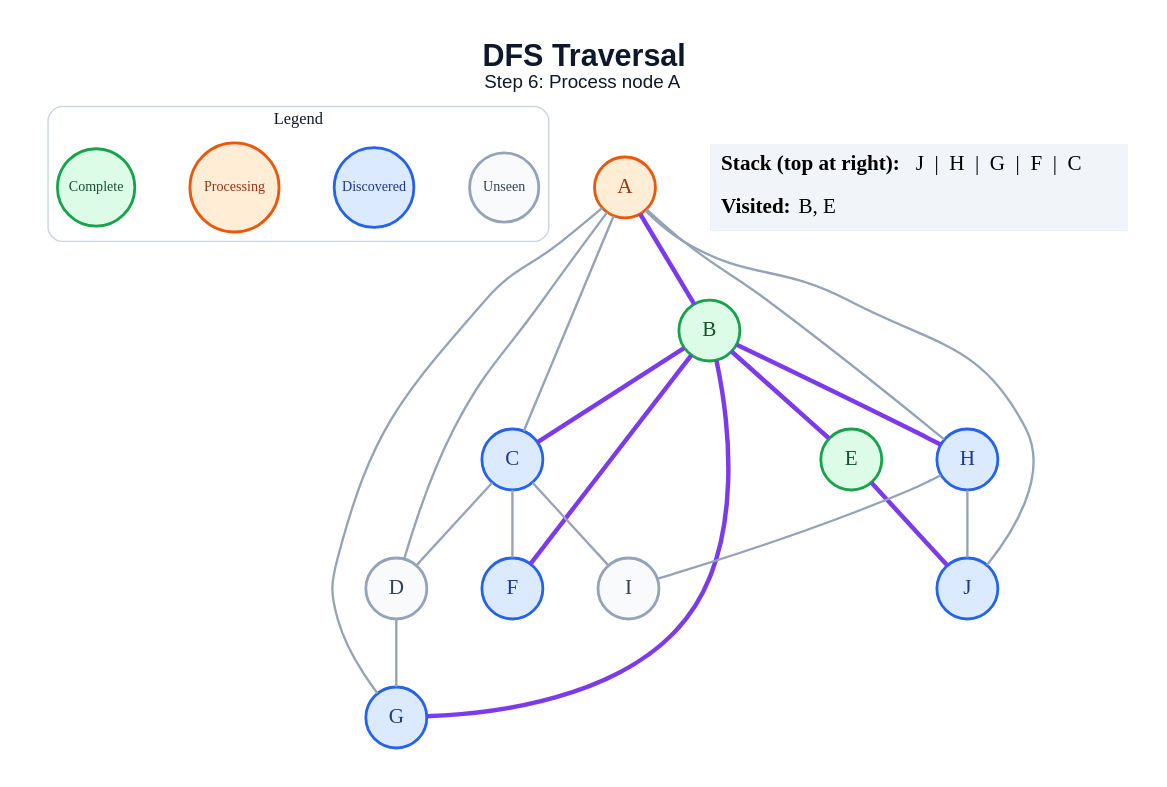
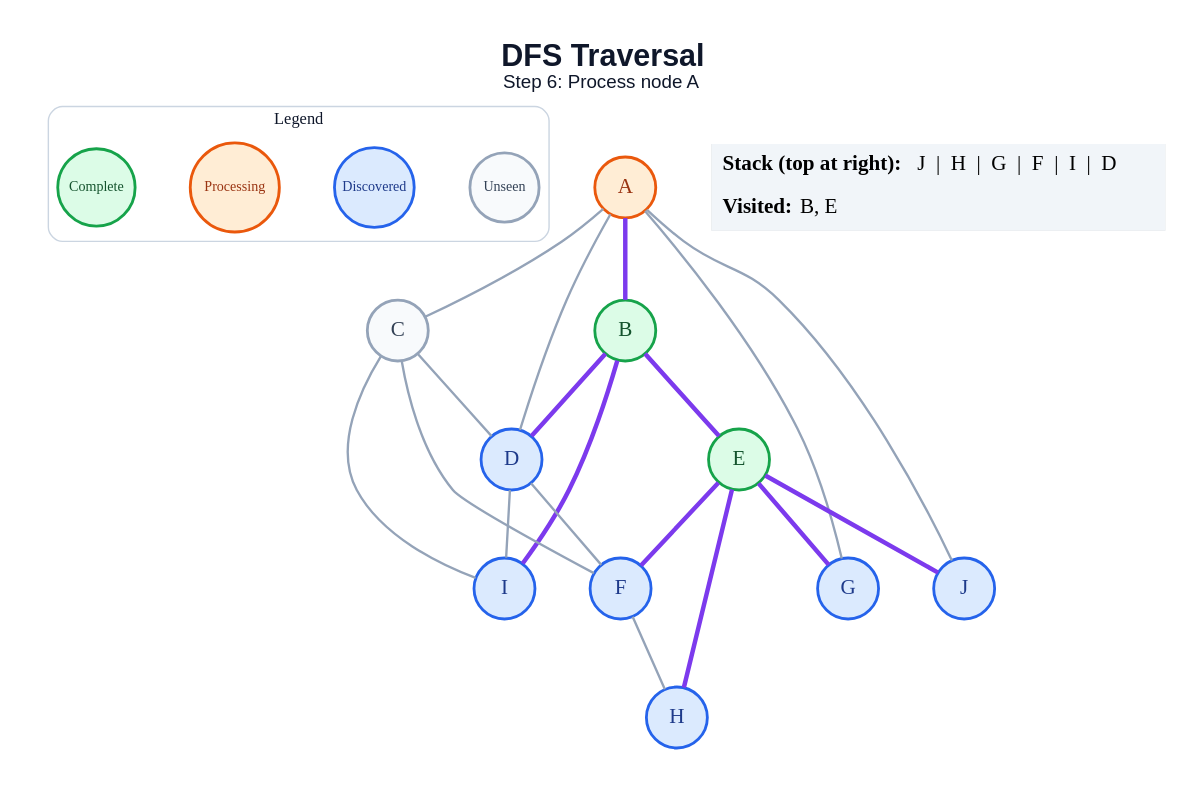
The diagram in generated/specific-node/dfs/step_06.dot (amanghodawala9/ai-slop), drawn with Graphviz before and after one commit. The commit also changed 178 other files, not shown here.

```diff
--- a/generated/specific-node/dfs/step_06.dot
+++ b/generated/specific-node/dfs/step_06.dot
@@ -1,47 +1,47 @@
 graph traversal {
   graph [layout=dot, rankdir=TB, bgcolor="#FFFFFF", pad="0.35", nodesep="0.65", ranksep="0.8", fontname="Arial"];
   node [shape=circle, style="filled", fontname="Arial Bold", fontsize=18, width=0.72, fixedsize=true, penwidth=2.4];
   edge [color="#94A3B8", penwidth=2.0];
   label=<<B>DFS Traversal</B><BR/><FONT POINT-SIZE="16">Step 6: Process node A</FONT>>; labelloc="t"; fontsize=26; fontname="Arial"; fontcolor="#0F172A";
   subgraph cluster_legend { label="Legend"; color="#CBD5E1"; penwidth=1.2; style="rounded"; fontsize=14; fontname="Arial Bold";
     key_unseen [label="Unseen", fillcolor="#F8FAFC", color="#94A3B8", fontcolor="#334155", fontsize=12, width=0.82];
     key_frontier [label="Discovered", fillcolor="#DBEAFE", color="#2563EB", fontcolor="#1E3A8A", fontsize=12, width=0.95];
     key_current [label="Processing", fillcolor="#FFEDD5", color="#EA580C", fontcolor="#9A3412", fontsize=12, width=1.05];
     key_done [label="Complete", fillcolor="#DCFCE7", color="#16A34A", fontcolor="#14532D", fontsize=12, width=0.92];
     { rank=same; key_unseen; key_frontier; key_current; key_done; }
   }
   A [fillcolor="#FFEDD5", color="#EA580C", fontcolor="#9A3412"];
   B [fillcolor="#DCFCE7", color="#16A34A", fontcolor="#14532D"];
-  C [fillcolor="#DBEAFE", color="#2563EB", fontcolor="#1E3A8A"];
-  D [fillcolor="#F8FAFC", color="#94A3B8", fontcolor="#334155"];
+  C [fillcolor="#F8FAFC", color="#94A3B8", fontcolor="#334155"];
+  D [fillcolor="#DBEAFE", color="#2563EB", fontcolor="#1E3A8A"];
   E [fillcolor="#DCFCE7", color="#16A34A", fontcolor="#14532D"];
   F [fillcolor="#DBEAFE", color="#2563EB", fontcolor="#1E3A8A"];
   G [fillcolor="#DBEAFE", color="#2563EB", fontcolor="#1E3A8A"];
   H [fillcolor="#DBEAFE", color="#2563EB", fontcolor="#1E3A8A"];
-  I [fillcolor="#F8FAFC", color="#94A3B8", fontcolor="#334155"];
+  I [fillcolor="#DBEAFE", color="#2563EB", fontcolor="#1E3A8A"];
   J [fillcolor="#DBEAFE", color="#2563EB", fontcolor="#1E3A8A"];
   A -- B [color="#7C3AED", penwidth=3.8];
   A -- C;
   A -- D;
   A -- G;
-  A -- H;
   A -- J;
-  B -- C [color="#7C3AED", penwidth=3.8];
+  B -- D [color="#7C3AED", penwidth=3.8];
   B -- E [color="#7C3AED", penwidth=3.8];
-  B -- F [color="#7C3AED", penwidth=3.8];
-  B -- G [color="#7C3AED", penwidth=3.8];
-  B -- H [color="#7C3AED", penwidth=3.8];
+  B -- I [color="#7C3AED", penwidth=3.8];
   C -- D;
   C -- F;
   C -- I;
-  D -- G;
+  D -- F;
+  D -- I;
+  E -- F [color="#7C3AED", penwidth=3.8];
+  E -- G [color="#7C3AED", penwidth=3.8];
+  E -- H [color="#7C3AED", penwidth=3.8];
   E -- J [color="#7C3AED", penwidth=3.8];
-  H -- I;
-  H -- J;
+  F -- H;
   status [shape=plain, fixedsize=false, width=0, height=0, margin=0, label=<
     <TABLE BORDER="0" CELLBORDER="0" CELLPADDING="7" BGCOLOR="#F1F5F9">
-      <TR><TD ALIGN="LEFT"><B>Stack (top at right):</B> J  |  H  |  G  |  F  |  C</TD></TR>
+      <TR><TD ALIGN="LEFT"><B>Stack (top at right):</B> J  |  H  |  G  |  F  |  I  |  D</TD></TR>
       <TR><TD ALIGN="LEFT"><B>Visited:</B> B, E</TD></TR>
     </TABLE>
   >];
 }
```
